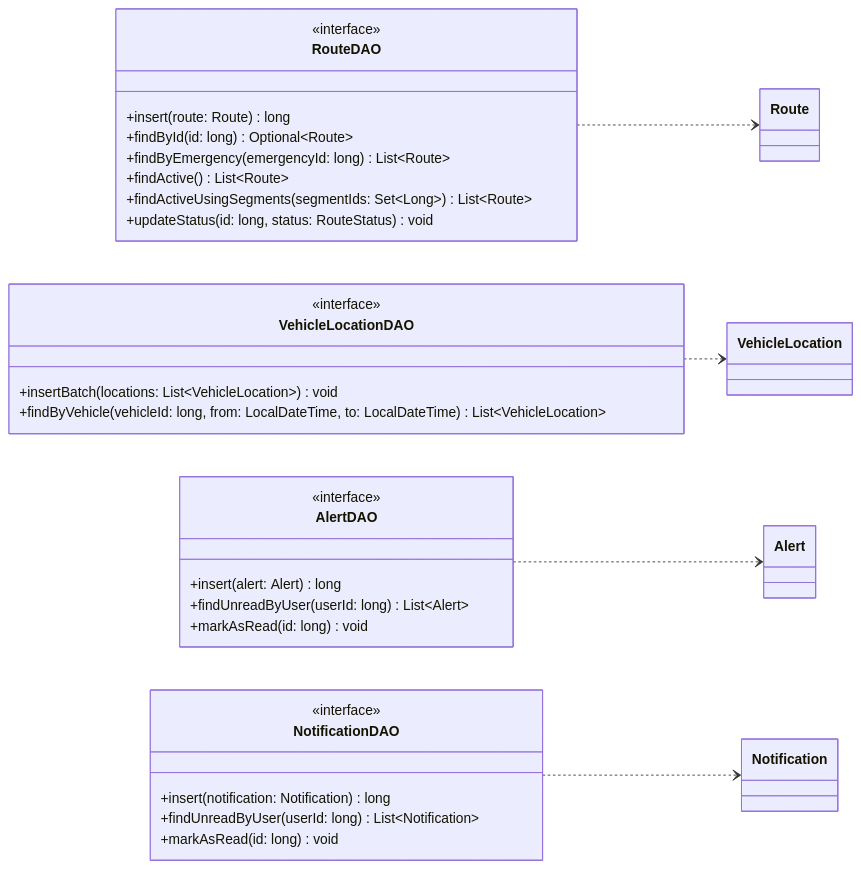
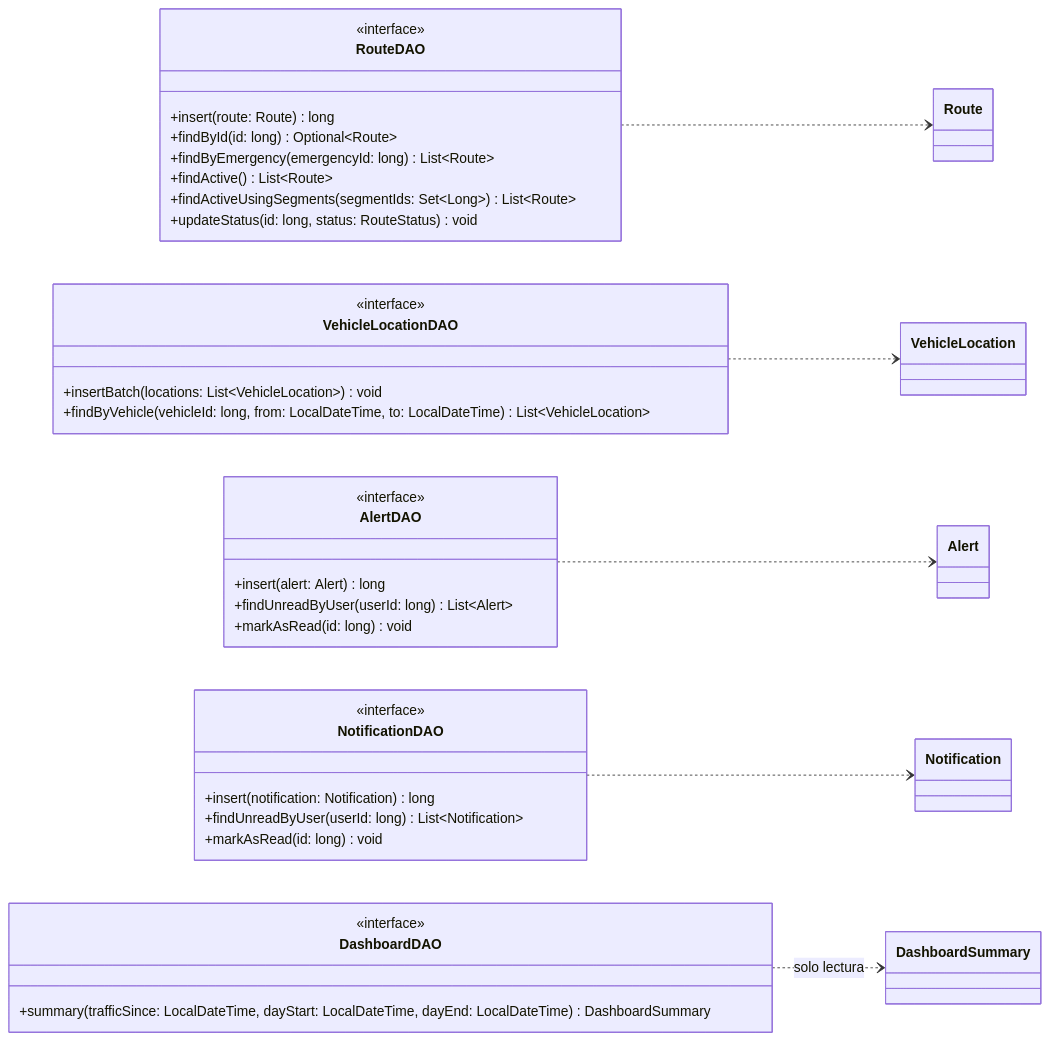
One commit to afzabaleta/RutaVida changed diagram 13 of 24 in docs/class-diagram.md. Above: the diagram before and after it, drawn with Mermaid. The commit also changed other lines of this file and 6 other files, not shown here.

````diff
--- a/docs/class-diagram.md
+++ b/docs/class-diagram.md
@@ -777,44 +777,53 @@
 ```mermaid
 ---
 config:
   markdownAutoWrap: false
 ---
 classDiagram
     direction LR
 
     class RouteDAO {
         <<interface>>
         +insert(route: Route) long
         +findById(id: long) Optional~Route~
         +findByEmergency(emergencyId: long) List~Route~
         +findActive() List~Route~
         +findActiveUsingSegments(segmentIds: Set~Long~) List~Route~
         +updateStatus(id: long, status: RouteStatus) void
     }
     class VehicleLocationDAO {
         <<interface>>
         +insertBatch(locations: List~VehicleLocation~) void
         +findByVehicle(vehicleId: long, from: LocalDateTime, to: LocalDateTime) List~VehicleLocation~
     }
     class AlertDAO {
         <<interface>>
         +insert(alert: Alert) long
         +findUnreadByUser(userId: long) List~Alert~
         +markAsRead(id: long) void
     }
     class NotificationDAO {
         <<interface>>
         +insert(notification: Notification) long
         +findUnreadByUser(userId: long) List~Notification~
         +markAsRead(id: long) void
     }
+    
+    class DashboardDAO {
+        <<interface>>
+        +summary(trafficSince: LocalDateTime, dayStart: LocalDateTime, dayEnd: LocalDateTime) DashboardSummary
+    }
+    
     class Route
     class VehicleLocation
     class Alert
     class Notification
+    class DashboardSummary
+    
 
     RouteDAO ..> Route
     VehicleLocationDAO ..> VehicleLocation
     AlertDAO ..> Alert
     NotificationDAO ..> Notification
+    DashboardDAO ..> DashboardSummary : solo lectura
 ```
````
